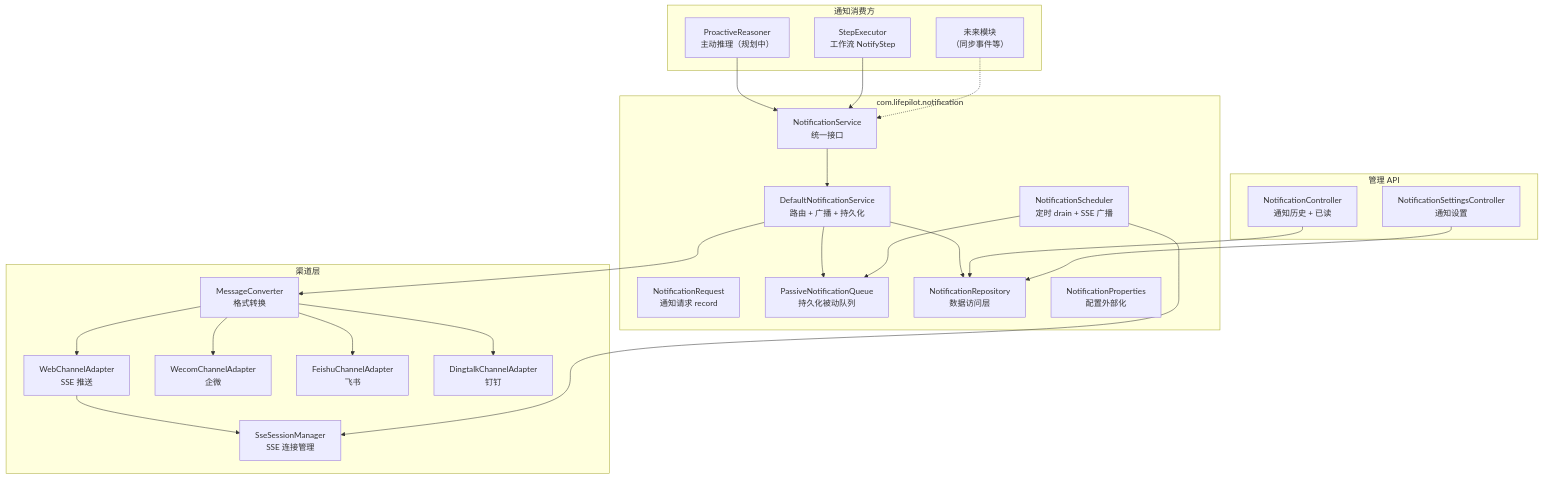
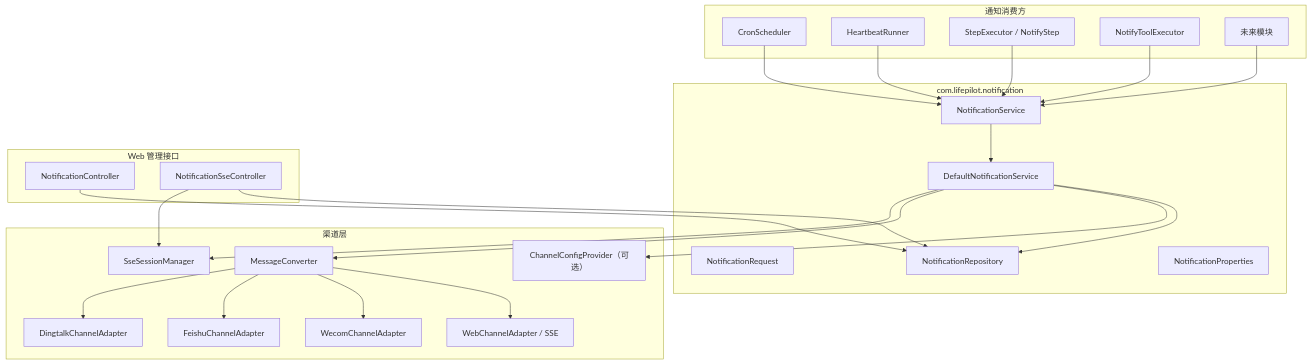
One commit to ntygod/LifePilot changed the first of 2 diagrams in docs/architecture/notification.md. Above: the diagram before and after it, drawn with Mermaid. The commit also changed other lines of this file and 576 other files, not shown here.

````diff
--- a/docs/architecture/notification.md
+++ b/docs/architecture/notification.md
@@ -22,50 +23,52 @@
 ```mermaid
 graph TB
     subgraph "通知消费方"
-        PR["ProactiveReasoner<br/>主动推理（规划中）"]
-        WF["StepExecutor<br/>工作流 NotifyStep"]
-        FUTURE["未来模块<br/>（同步事件等）"]
+        CRON["CronScheduler"]
+        HEARTBEAT["HeartbeatRunner"]
+        WF["StepExecutor / NotifyStep"]
+        META["NotifyToolExecutor"]
+        FUTURE["未来模块"]
     end
 
-
     subgraph "com.lifepilot.notification"
-        NS["NotificationService<br/>统一接口"]
-        IMPL["DefaultNotificationService<br/>路由 + 广播 + 持久化"]
-        NR["NotificationRequest<br/>通知请求 record"]
-        PNQ["PassiveNotificationQueue<br/>持久化被动队列"]
-        SCHED["NotificationScheduler<br/>定时 drain + SSE 广播"]
-        REPO["NotificationRepository<br/>数据访问层"]
-        PROPS["NotificationProperties<br/>配置外部化"]
+        NS["NotificationService"]
+        IMPL["DefaultNotificationService"]
+        NR["NotificationRequest"]
+        REPO["NotificationRepository"]
+        PROPS["NotificationProperties"]
     end
 
     subgraph "渠道层"
-        MC["MessageConverter<br/>格式转换"]
-        WEB["WebChannelAdapter<br/>SSE 推送"]
-        WECOM["WecomChannelAdapter<br/>企微"]
-        FEISHU["FeishuChannelAdapter<br/>飞书"]
-        DT["DingtalkChannelAdapter<br/>钉钉"]
-        SSE["SseSessionManager<br/>SSE 连接管理"]
+        CFG["ChannelConfigProvider（可选）"]
+        MC["MessageConverter"]
+        WEB["WebChannelAdapter / SSE"]
+        WECOM["WecomChannelAdapter"]
+        FEISHU["FeishuChannelAdapter"]
+        DT["DingtalkChannelAdapter"]
+        SSE["SseSessionManager"]
     end
 
-    subgraph "管理 API"
-        NC["NotificationController<br/>通知历史 + 已读"]
-        NSC["NotificationSettingsController<br/>通知设置"]
+    subgraph "Web 管理接口"
+        NC["NotificationController"]
+        NSC["NotificationSseController"]
     end
 
-    PR --> NS
+    CRON --> NS
+    HEARTBEAT --> NS
     WF --> NS
-    FUTURE -.-> NS
+    META --> NS
+    FUTURE --> NS
+
     NS --> IMPL
+    IMPL --> REPO
+    IMPL --> CFG
     IMPL --> MC
-    IMPL --> PNQ
-    IMPL --> REPO
     MC --> WEB
     MC --> WECOM
     MC --> FEISHU
     MC --> DT
-    WEB --> SSE
-    SCHED --> PNQ
-    SCHED --> SSE
+    IMPL --> SSE
     NC --> REPO
     NSC --> REPO
+    NSC --> SSE
 ```
````
